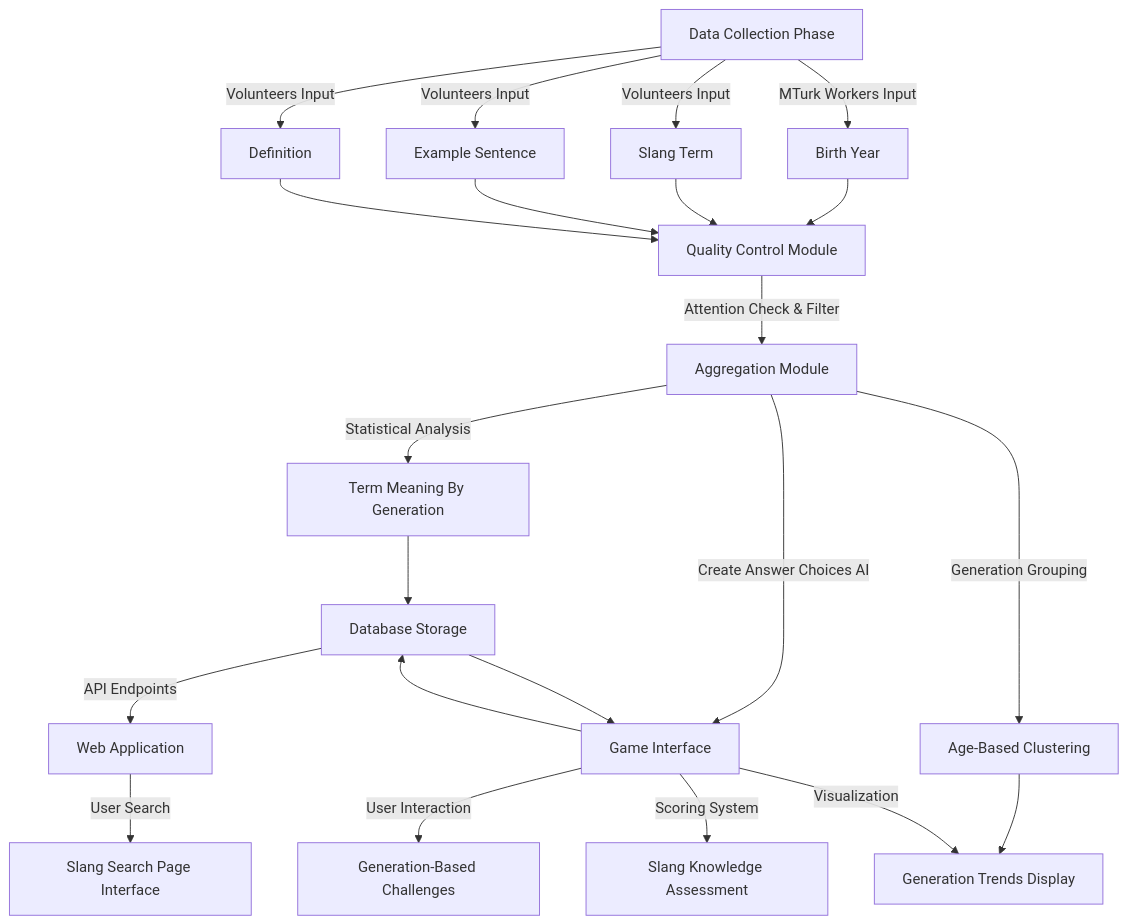
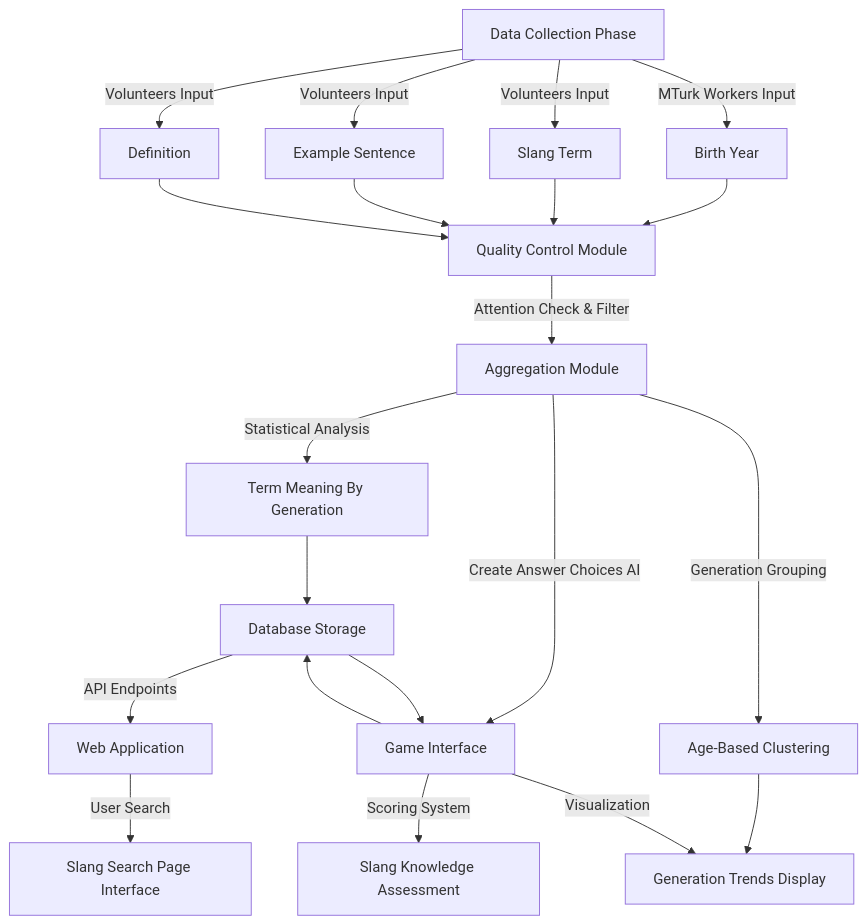
One commit to LiamBush5/nets-2130 changed the diagram in flowchat2.md. Above: the diagram before and after it, drawn with Mermaid.

````diff
--- a/flowchat2.md
+++ b/flowchat2.md
@@ -1,32 +1,31 @@
 ```mermaid
 flowchart TD
     A[Data Collection Phase] --> |MTurk Workers Input| A1[Birth Year]
     A --> |Volunteers Input| A2[Slang Term]
     A --> |Volunteers Input| A3[Example Sentence]
     A --> |Volunteers Input| A4[Definition]
 
     A1 --> B[Quality Control Module]
     A2 --> B
     A3 --> B
     A4 --> B
 
     B --> |Attention Check & Filter| C[Aggregation Module]
 
     C --> |Statistical Analysis| C2[Term Meaning By Generation]
     C --> |Generation Grouping| C3[Age-Based Clustering]
 
 
 
     C2 --> E
     C3 --> D3
 
     C --> |Create Answer Choices AI| D[Game Interface]
-    D --> |User Interaction| D1[Generation-Based Challenges]
     D --> |Scoring System| D2[Slang Knowledge Assessment]
     D --> |Visualization| D3[Generation Trends Display]
 
     D --> E[Database Storage]
     E --> D
     E --> |API Endpoints| F[Web Application]
     F --> |User Search| G[Slang Search Page Interface]
 ```
````
